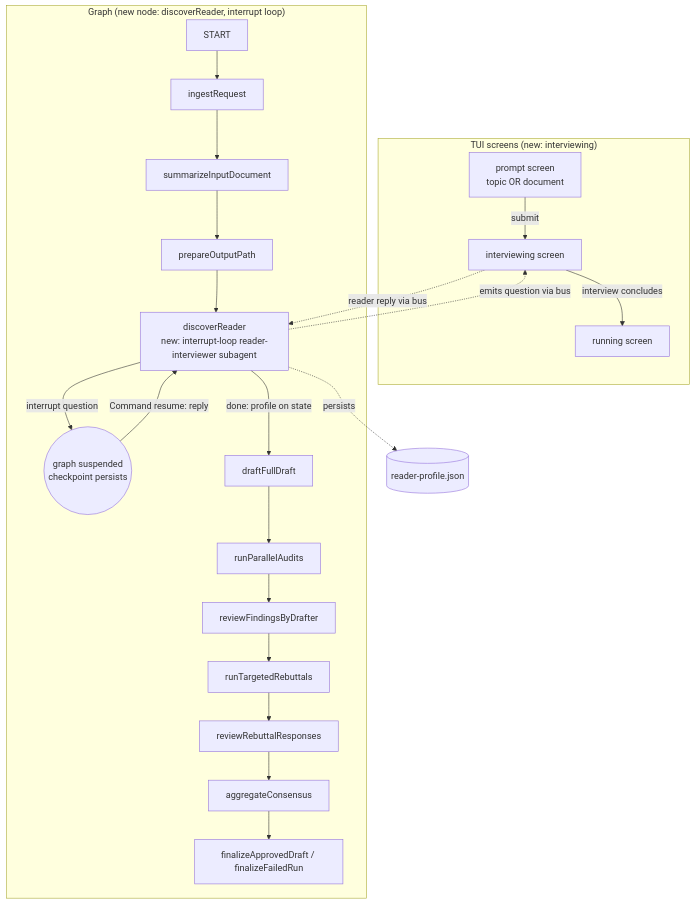
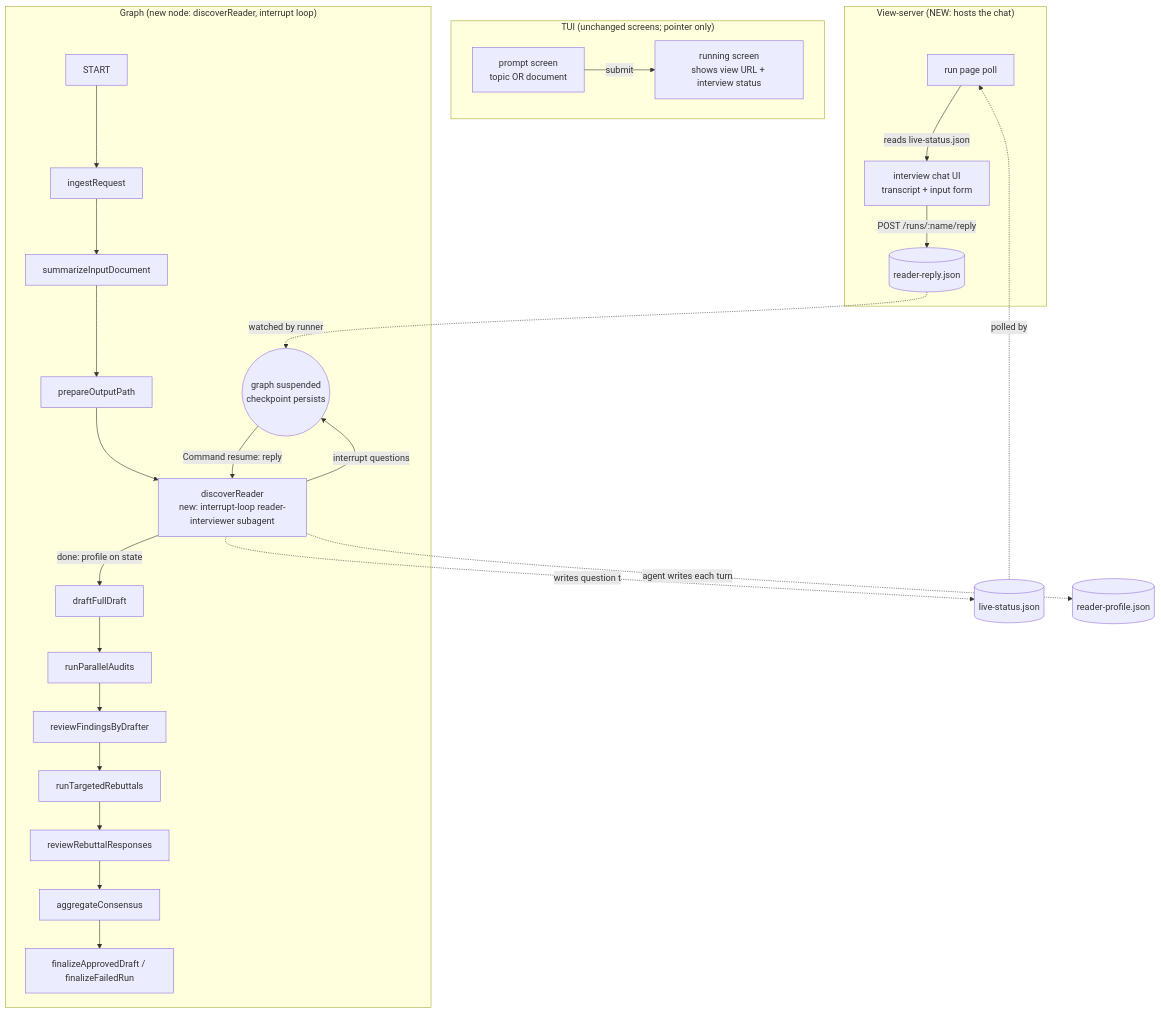
One commit to wcleeah/qurom changed the diagram in docs/plan/reader-discovery/README.md. Above: the diagram before and after it, drawn with Mermaid. The commit also changed other lines of this file, not shown here.

First line of the commit message:
docs(plan): interview chat in view-server, recovery router, multi-question turns

````diff
--- a/docs/plan/reader-discovery/README.md
+++ b/docs/plan/reader-discovery/README.md
@@ -130,27 +164,32 @@
 ```mermaid
 flowchart TD
-    subgraph "TUI screens (new: interviewing)"
-      P[prompt screen<br/>topic OR document] -->|submit| I[interviewing screen]
-      I -->|interview concludes| R[running screen]
+    subgraph "TUI (unchanged screens; pointer only)"
+      P[prompt screen<br/>topic OR document] -->|submit| R[running screen<br/>shows view URL + interview status]
+    end
+
+    subgraph "View-server (NEW: hosts the chat)"
+      V[run page poll] -->|reads live-status.json| CHAT[interview chat UI<br/>transcript + input form]
+      CHAT -->|POST /runs/:name/reply| RR[(reader-reply.json)]
     end
 
     subgraph "Graph (new node: discoverReader, interrupt loop)"
       S[START] --> IR[ingestRequest]
       IR --> SID[summarizeInputDocument]
       SID --> POP[prepareOutputPath]
       POP --> DR[discoverReader<br/>new: interrupt-loop reader-interviewer subagent]
-      DR -->|interrupt question| PAUSE((graph suspended<br/>checkpoint persists))
+      DR -->|interrupt questions| PAUSE((graph suspended<br/>checkpoint persists))
       PAUSE -->|Command resume: reply| DR
       DR -->|done: profile on state| DFD[draftFullDraft]
       DFD --> RPA[runParallelAudits]
       RPA --> RFD[reviewFindingsByDrafter]
       RFD --> RT[runTargetedRebuttals]
       RT --> RRR[reviewRebuttalResponses]
       RRR --> AC[aggregateConsensus]
       AC --> FIN[finalizeApprovedDraft / finalizeFailedRun]
     end
 
-    DR -.persists.-> RPJ[(reader-profile.json)]
-    DR -.emits question via bus.-> I
-    I -.reader reply via bus.-> DR
+    DR -.writes question to.-> LS[(live-status.json)]
+    LS -.polled by.-> V
+    RR -.watched by runner.-> PAUSE
+    DR -.agent writes each turn.-> RPJ[(reader-profile.json)]
 ```
````
